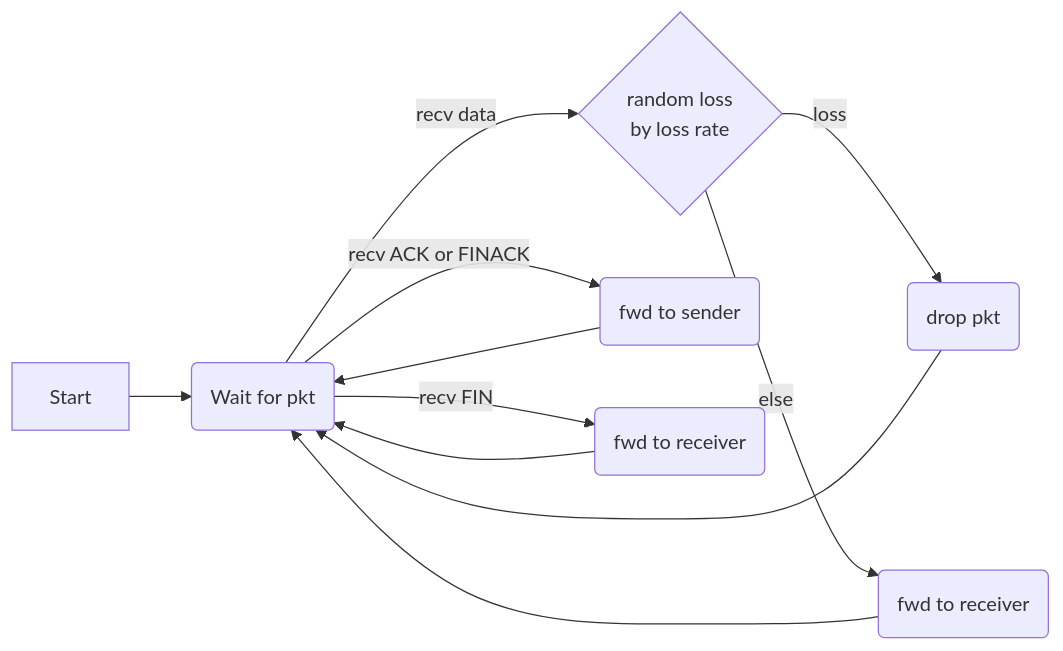
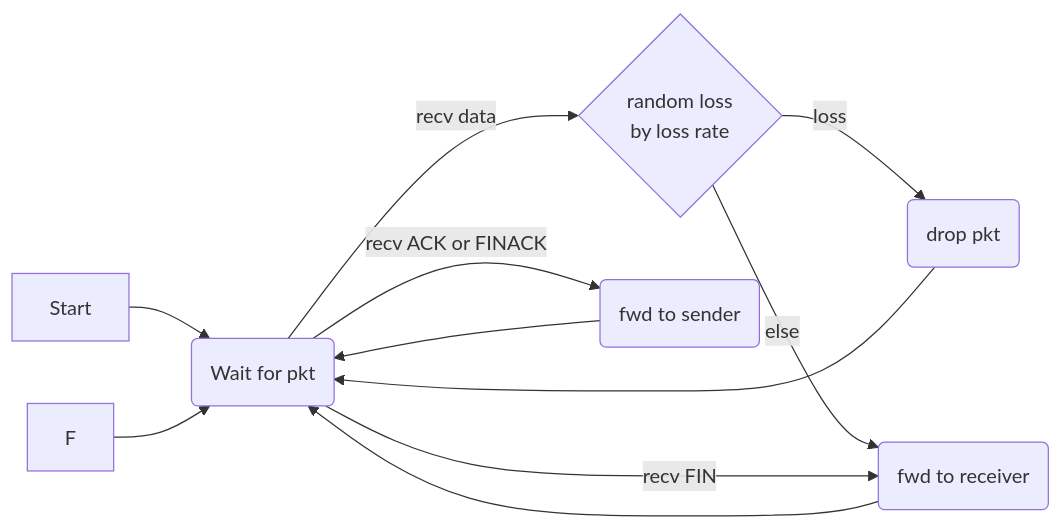
The second of 3 diagrams in report.md (henlium/CN_HW2_2017), drawn with Mermaid before and after one commit. The commit also changed other lines of this file and 1 other file, not shown here.

````diff
--- a/report.md
+++ b/report.md
@@ -58,13 +58,13 @@
   ```mermaid
   graph LR
   Start-->A(Wait for pkt)
   A-->|recv data|B{random loss<br>by loss rate}
   B-->|loss|C(drop pkt)
   B-->|else|D(fwd to receiver)
   C-->A
   D-->A
+  A-->|recv FIN|D(fwd to receiver)
+  F-->A
   A-->|recv ACK or FINACK|E(fwd to sender)
   E-->A
-  A-->|recv FIN|F(fwd to receiver)
-  F-->A
   ```
````
